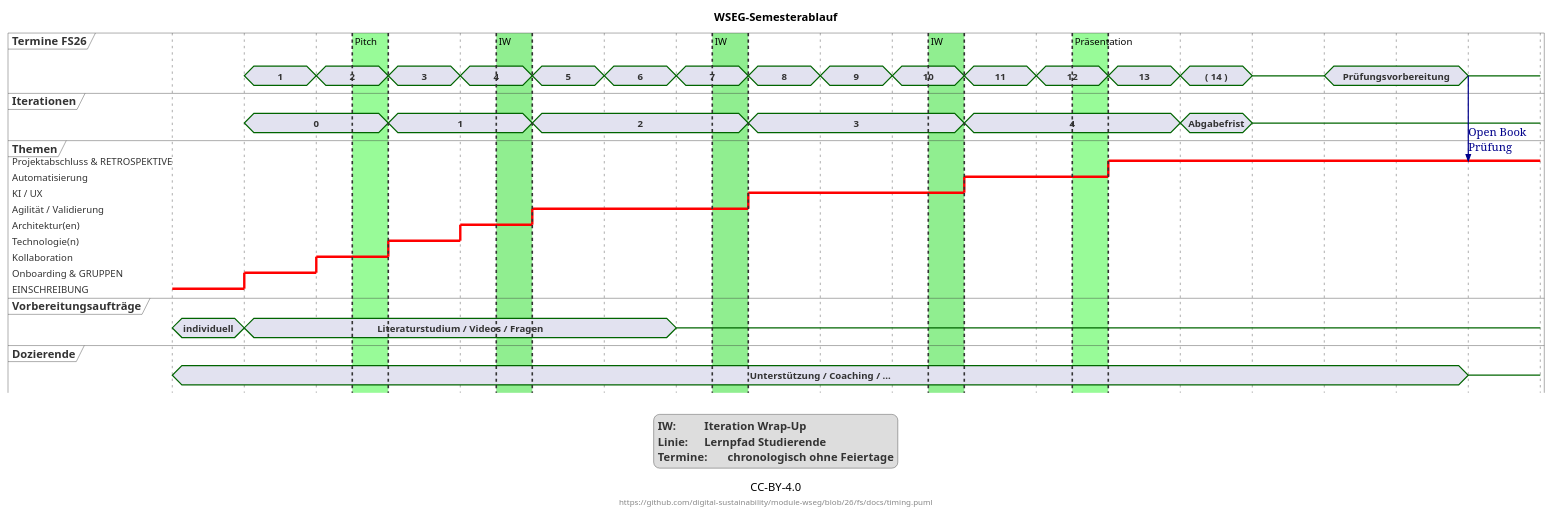
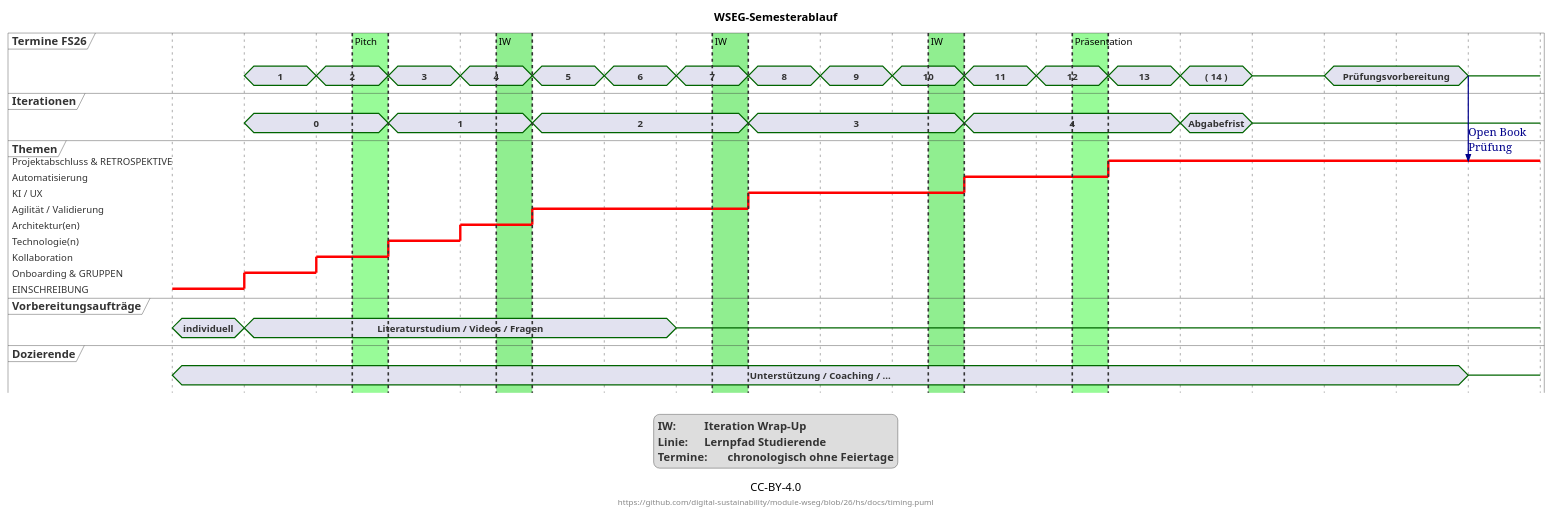
One commit to digital-sustainability/module-wseg changed the diagram in docs/timing.puml. Above: the diagram before and after it, drawn with PlantUML. The commit also changed 2 other files, not shown here.

Commit message:
module-wseg/blob/26/fs/ > hs

```diff
--- a/docs/timing.puml
+++ b/docs/timing.puml
@@ -1,112 +1,112 @@
 @startuml
 <style>
 timingDiagram {
   .red {
     LineColor red
     LineThickness 3
   }
 }
 </style>
 
 Title WSEG-Semesterablauf
 hide time-axis
-footer: "https://github.com/digital-sustainability/module-wseg/blob/26/fs/docs/timing.puml"
+footer: "https://github.com/digital-sustainability/module-wseg/blob/26/hs/docs/timing.puml"
 caption CC-BY-4.0
 
 legend
 IW:\t\tIteration Wrap-Up
 Linie:\tLernpfad Studierende
 Termine:\tchronologisch ohne Feiertage
 end legend
 
 concise "Termine FS26" as module
 concise "Iterationen" as iter
 robust "Themen" as studi <<red>>
 concise "Vorbereitungsaufträge" as prep
 concise "Dozierende" as dozent
 scale 1 as 90 pixels
 
 @0
 studi is EINSCHREIBUNG
 dozent is "Unterstützung / Coaching / ..."
 prep is "individuell"
 
 @+1
 module is "1"
 iter is "0"
 prep is "Literaturstudium / Videos / Fragen"
 studi is "Onboarding & GRUPPEN"
 
 @+1
 module is "2"
 studi is "Kollaboration"
 
 @+1
 iter is "1"
 module is "3"
 studi is "Technologie(n)"
 
 @+1
 module is "4"
 studi is "Architektur(en)"
 
 @+1
 module is "5"
 iter is "2"
 studi is "Agilität / Validierung"
 
 @+1
 module is "6"
 
 @+1
 module is "7"
 prep is {-}
 
 @+1
 module is "8"
 iter is "3"
 studi is "KI / UX"
 
 @+1
 module is "9"
 
 @+1
 module is "10"
 
 @+1
 module is "11"
 iter is "4"
 studi is "Automatisierung"
 
 @+1
 module is "12"
 
 @+1
 module is "13"
 studi is "Projektabschluss & RETROSPEKTIVE"
 
 @+1
 module is "( 14 )"
 iter is "Abgabefrist"
 
 @+1
 module is {-}
 iter is {-}
 
 @+1
 module is Prüfungsvorbereitung
 
 @+1
 
 @+1
 module -> studi: Open Book\nPrüfung
 module is {-}
 dozent is {-}
 
 highlight 2.5 to 3 #palegreen : Pitch
 highlight 4.5 to 5 #lightgreen : IW
 highlight 7.5 to 8 #lightgreen : IW
 highlight 10.5 to 11 #lightgreen : IW
 highlight 12.5 to 13 #palegreen : Präsentation
 
 @enduml
```
